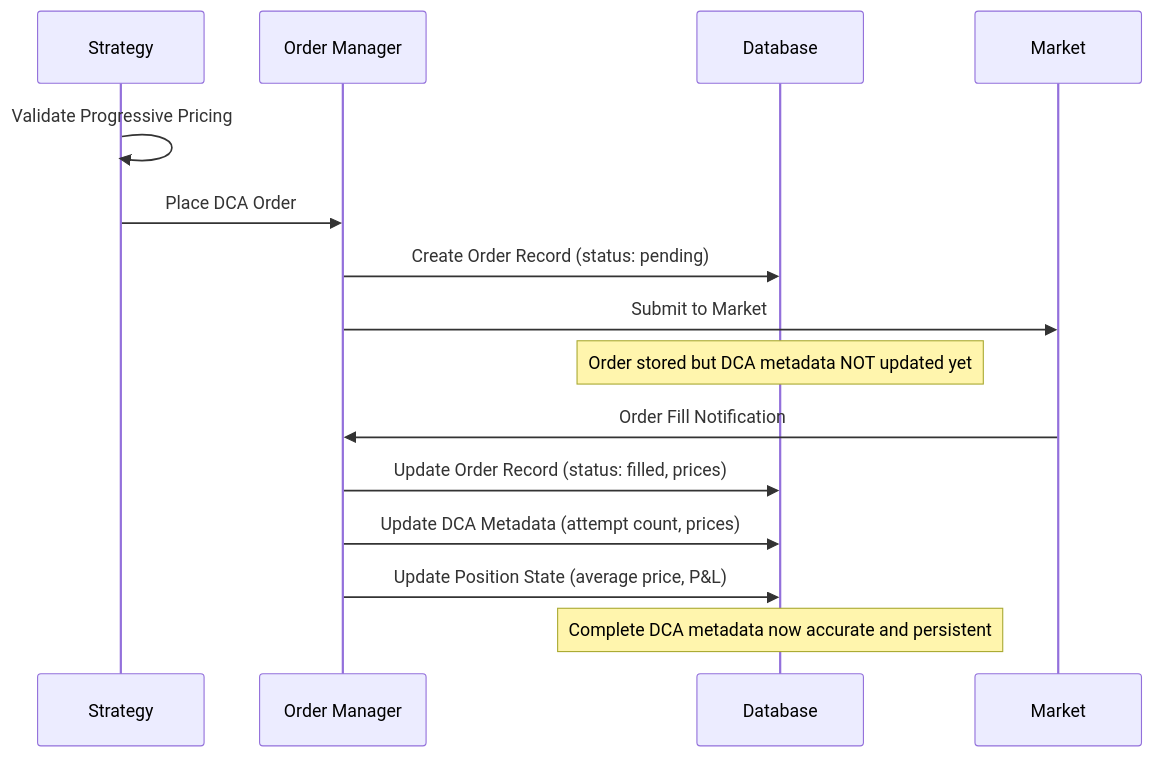
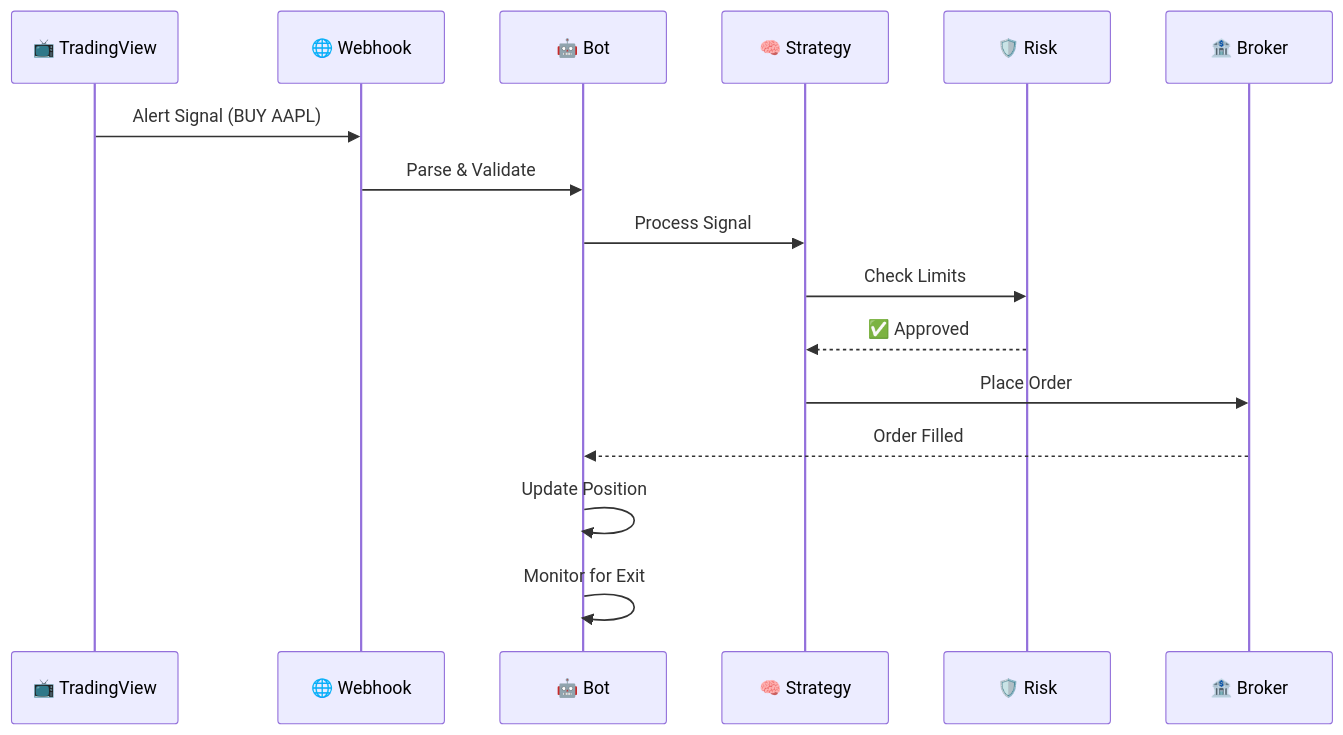
Diagram 11 of 11 in README.md (nirnaykhatri/alpha-trader), drawn with Mermaid before and after one commit. The commit also changed other lines of this file and 258 other files, not shown here.

````diff
--- a/README.md
+++ b/README.md
@@ -1553,21 +386,19 @@
 ```mermaid
 sequenceDiagram
-    participant S as Strategy
-    participant OM as Order Manager
-    participant DB as Database
-    participant M as Market
+    participant TV as 📺 TradingView
+    participant WH as 🌐 Webhook
+    participant BOT as 🤖 Bot
+    participant STRAT as 🧠 Strategy
+    participant RISK as 🛡️ Risk
+    participant BROKER as 🏦 Broker
     
-    S->>S: Validate Progressive Pricing
-    S->>OM: Place DCA Order
-    OM->>DB: Create Order Record (status: pending)
-    OM->>M: Submit to Market
-    
-    Note over DB: Order stored but DCA metadata NOT updated yet
-    
-    M->>OM: Order Fill Notification
-    OM->>DB: Update Order Record (status: filled, prices)
-    OM->>DB: Update DCA Metadata (attempt count, prices)
-    OM->>DB: Update Position State (average price, P&L)
-    
-    Note over DB: Complete DCA metadata now accurate and persistent
+    TV->>WH: Alert Signal (BUY AAPL)
+    WH->>BOT: Parse & Validate
+    BOT->>STRAT: Process Signal
+    STRAT->>RISK: Check Limits
+    RISK-->>STRAT: ✅ Approved
+    STRAT->>BROKER: Place Order
+    BROKER-->>BOT: Order Filled
+    BOT->>BOT: Update Position
+    BOT->>BOT: Monitor for Exit
 ```
````
